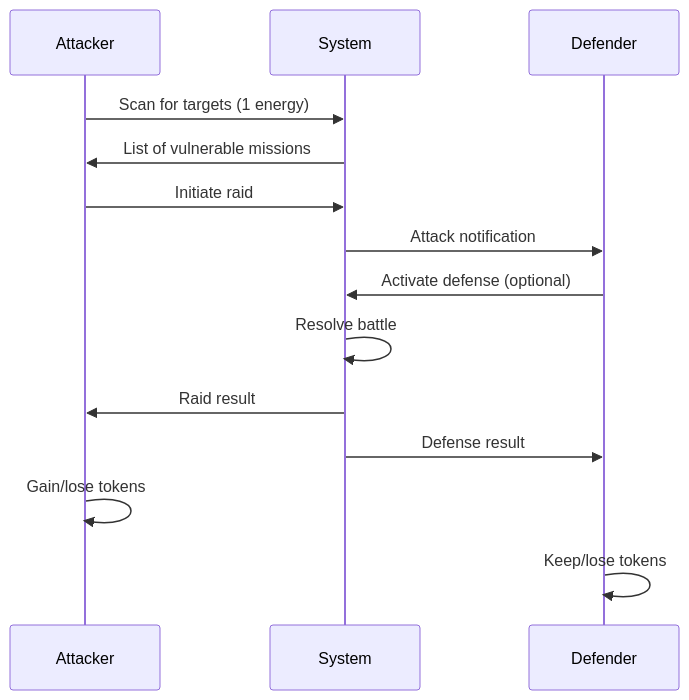
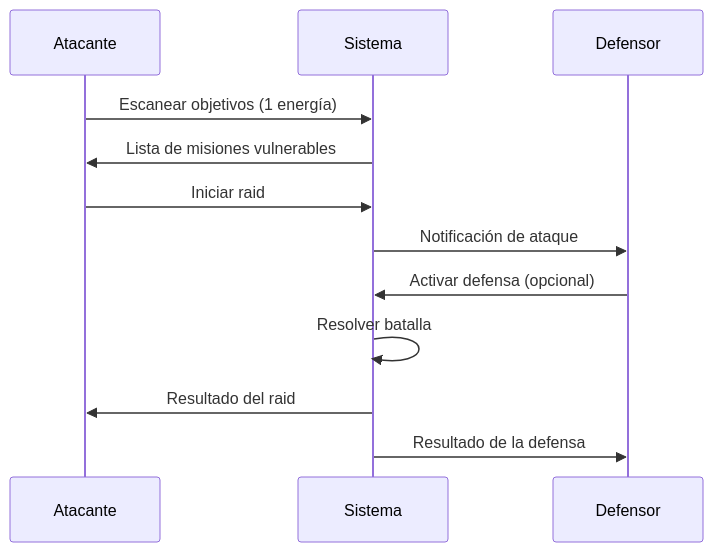
The third of 5 diagrams in README.md (MaliosDark/Astro-Ops), drawn with Mermaid before and after one commit. The commit also changed other lines of this file, not shown here.

````diff
--- a/README.md
+++ b/README.md
@@ -394,17 +307,15 @@
 ```mermaid
 sequenceDiagram
-    participant A as Attacker
-    participant S as System
-    participant D as Defender
+    participant A as Atacante
+    participant S as Sistema
+    participant D as Defensor
     
-    A->>S: Scan for targets (1 energy)
-    S->>A: List of vulnerable missions
-    A->>S: Initiate raid
-    S->>D: Attack notification
-    D->>S: Activate defense (optional)
-    S->>S: Resolve battle
-    S->>A: Raid result
-    S->>D: Defense result
-    A->>A: Gain/lose tokens
-    D->>D: Keep/lose tokens
+    A->>S: Escanear objetivos (1 energía)
+    S->>A: Lista de misiones vulnerables
+    A->>S: Iniciar raid
+    S->>D: Notificación de ataque
+    D->>S: Activar defensa (opcional)
+    S->>S: Resolver batalla
+    S->>A: Resultado del raid
+    S->>D: Resultado de la defensa
 ```
````
